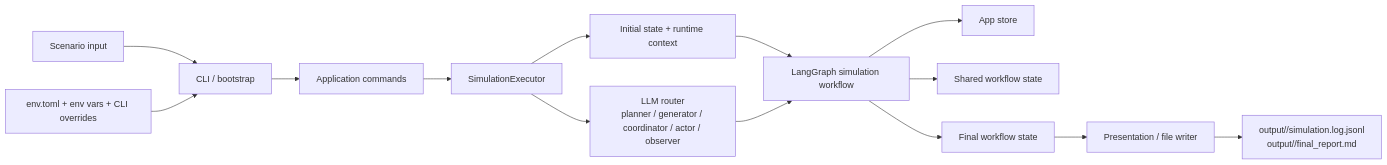
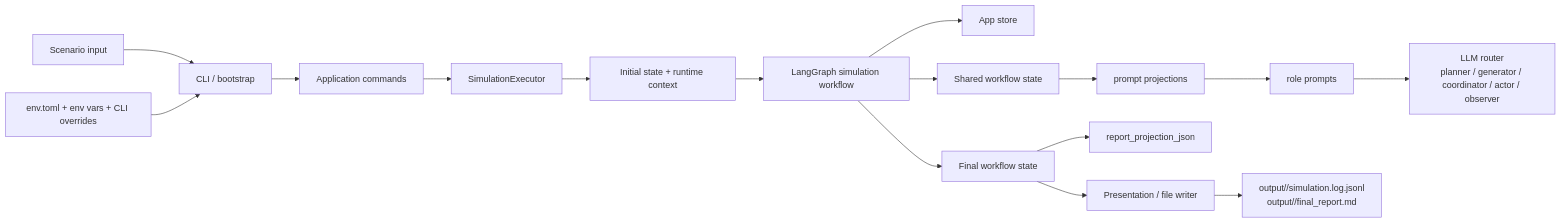
Before and after one commit to keonho-kim/simula: the first of 2 diagrams in README.md, drawn with Mermaid. The commit also changed other lines of this file and 21 other files, not shown here.

````diff
--- a/README.md
+++ b/README.md
@@ -59,16 +64,18 @@
 ```mermaid
 flowchart LR
     Scenario["Scenario input"] --> CLI["CLI / bootstrap"]
     Env["env.toml + env vars + CLI overrides"] --> CLI
     CLI --> Commands["Application commands"]
     Commands --> Executor["SimulationExecutor"]
     Executor --> Init["Initial state + runtime context"]
     Init --> Workflow["LangGraph simulation workflow"]
     Workflow --> Store["App store"]
     Workflow --> State["Shared workflow state"]
+    State --> PromptViews["prompt projections"]
+    PromptViews --> RolePrompts["role prompts"]
+    RolePrompts --> Models["LLM router<br/>planner / generator / coordinator / actor / observer"]
     Workflow --> FinalState["Final workflow state"]
+    FinalState --> ReportProjection["report_projection_json"]
     FinalState --> Presentation["Presentation / file writer"]
     Presentation --> Outputs["output/<run_id>/simulation.log.jsonl<br/>output/<run_id>/final_report.md"]
-    Executor --> Models["LLM router<br/>planner / generator / coordinator / actor / observer"]
-    Models --> Workflow
 ```
````
